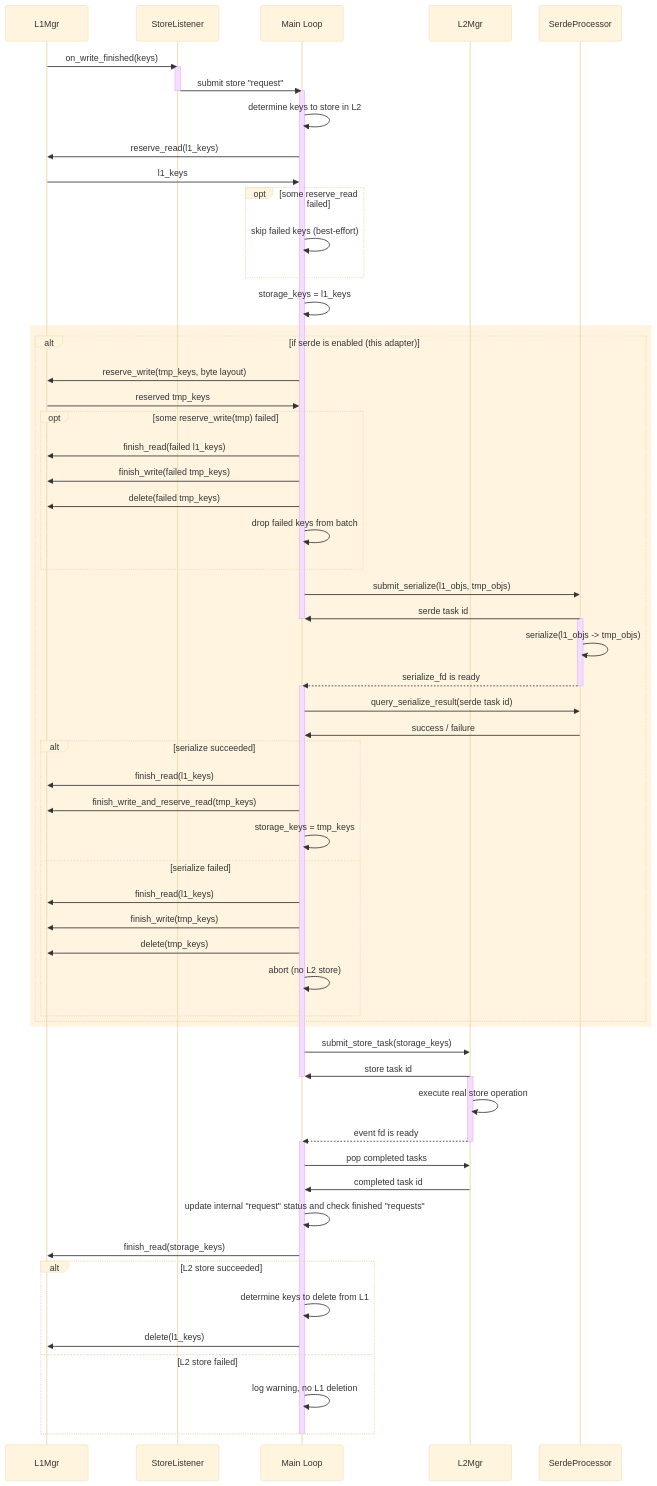
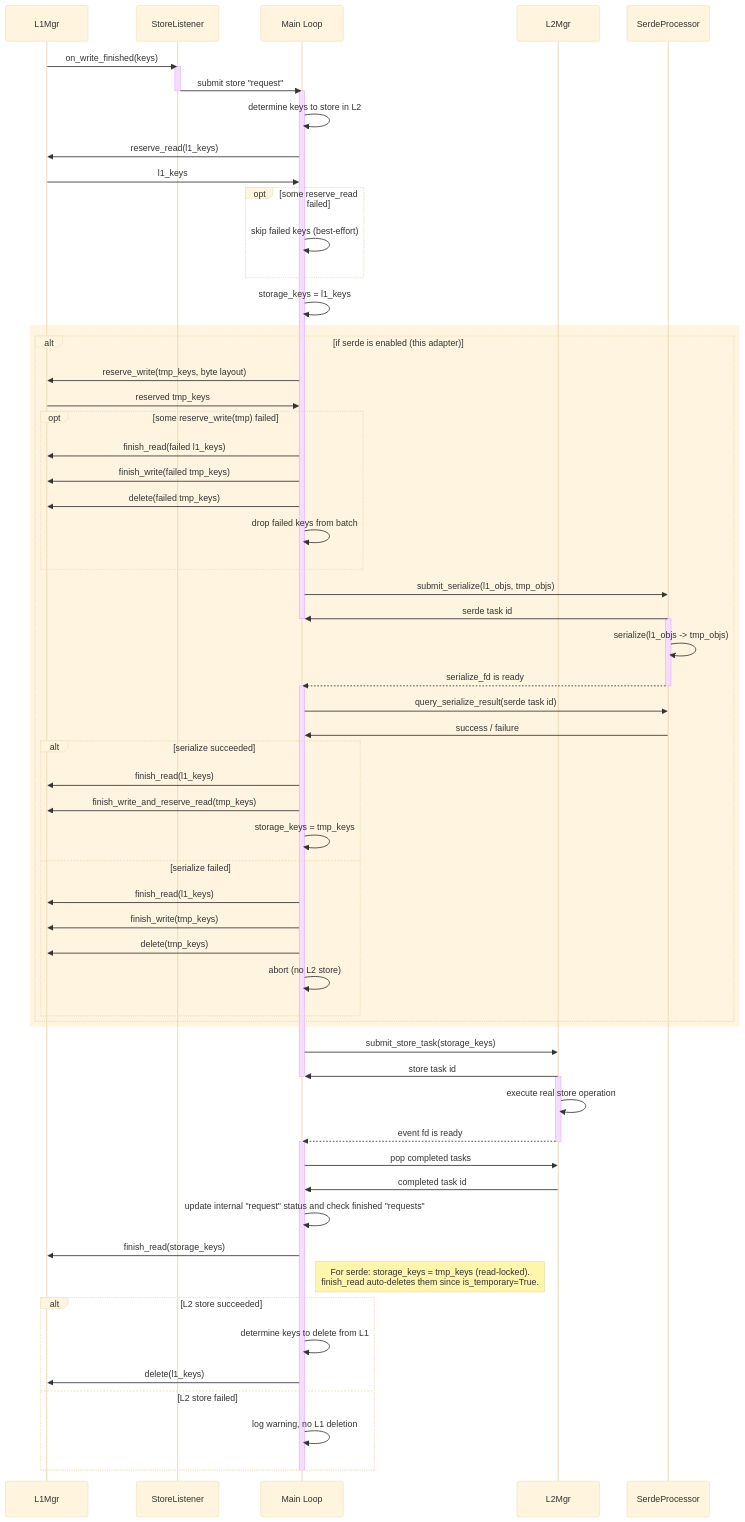
Before and after one commit to LMCache/LMCache: the first of 2 diagrams in docs/design/serde/README.md, drawn with Mermaid (base theme). The commit also changed 11 other files, not shown here.

````diff
--- a/docs/design/serde/README.md
+++ b/docs/design/serde/README.md
@@ -31,81 +31,82 @@
 ```mermaid
 sequenceDiagram
     participant L1Mgr
     participant StoreListener
     participant Main Loop
     participant L2Mgr
     participant SerdeMgr as SerdeProcessor
 
     L1Mgr ->> StoreListener: on_write_finished(keys)
     activate StoreListener
     StoreListener ->> Main Loop: submit store "request"
     deactivate StoreListener
     activate Main Loop
     Main Loop ->> Main Loop: determine keys to store in L2
     Main Loop ->> L1Mgr: reserve_read(l1_keys)
     L1Mgr ->> Main Loop: l1_keys
 
     opt some reserve_read failed
         Main Loop ->> Main Loop: skip failed keys (best-effort)
     end
 
     Main Loop ->> Main Loop: storage_keys = l1_keys
 
     rect rgba(255, 200, 100, 0.2)
         alt if serde is enabled (this adapter)
             Main Loop ->> L1Mgr: reserve_write(tmp_keys, byte layout)
             L1Mgr ->> Main Loop: reserved tmp_keys
 
             opt some reserve_write(tmp) failed
                 Main Loop ->> L1Mgr: finish_read(failed l1_keys)
                 Main Loop ->> L1Mgr: finish_write(failed tmp_keys)
                 Main Loop ->> L1Mgr: delete(failed tmp_keys)
                 Main Loop ->> Main Loop: drop failed keys from batch
             end
 
             Main Loop ->> SerdeMgr: submit_serialize(l1_objs, tmp_objs)
             SerdeMgr ->> Main Loop: serde task id
             deactivate Main Loop
             activate SerdeMgr
             SerdeMgr ->> SerdeMgr: serialize(l1_objs -> tmp_objs)
             SerdeMgr -->> Main Loop: serialize_fd is ready
             deactivate SerdeMgr
             activate Main Loop
             Main Loop ->> SerdeMgr: query_serialize_result(serde task id)
             SerdeMgr ->> Main Loop: success / failure
 
             alt serialize succeeded
                 Main Loop ->> L1Mgr: finish_read(l1_keys)
                 Main Loop ->> L1Mgr: finish_write_and_reserve_read(tmp_keys)
                 Main Loop ->> Main Loop: storage_keys = tmp_keys
             else serialize failed
                 Main Loop ->> L1Mgr: finish_read(l1_keys)
                 Main Loop ->> L1Mgr: finish_write(tmp_keys)
                 Main Loop ->> L1Mgr: delete(tmp_keys)
                 Main Loop ->> Main Loop: abort (no L2 store)
             end
         end
     end
 
     Main Loop ->> L2Mgr: submit_store_task(storage_keys)
     L2Mgr ->> Main Loop: store task id
     deactivate Main Loop
     activate L2Mgr
     L2Mgr ->> L2Mgr: execute real store operation
     L2Mgr -->> Main Loop: event fd is ready
     deactivate L2Mgr
     activate Main Loop
     Main Loop ->> L2Mgr: pop completed tasks
     L2Mgr ->> Main Loop: completed task id
     Main Loop ->> Main Loop: update internal "request" status and check finished "requests"
     Main Loop ->> L1Mgr: finish_read(storage_keys)
+    note right of Main Loop: For serde: storage_keys = tmp_keys (read-locked).<br/>finish_read auto-deletes them since is_temporary=True.
 
     alt L2 store succeeded
         Main Loop ->> Main Loop: determine keys to delete from L1
         Main Loop ->> L1Mgr: delete(l1_keys)
     else L2 store failed
         Main Loop ->> Main Loop: log warning, no L1 deletion
     end
 
     deactivate Main Loop
 ```
````
